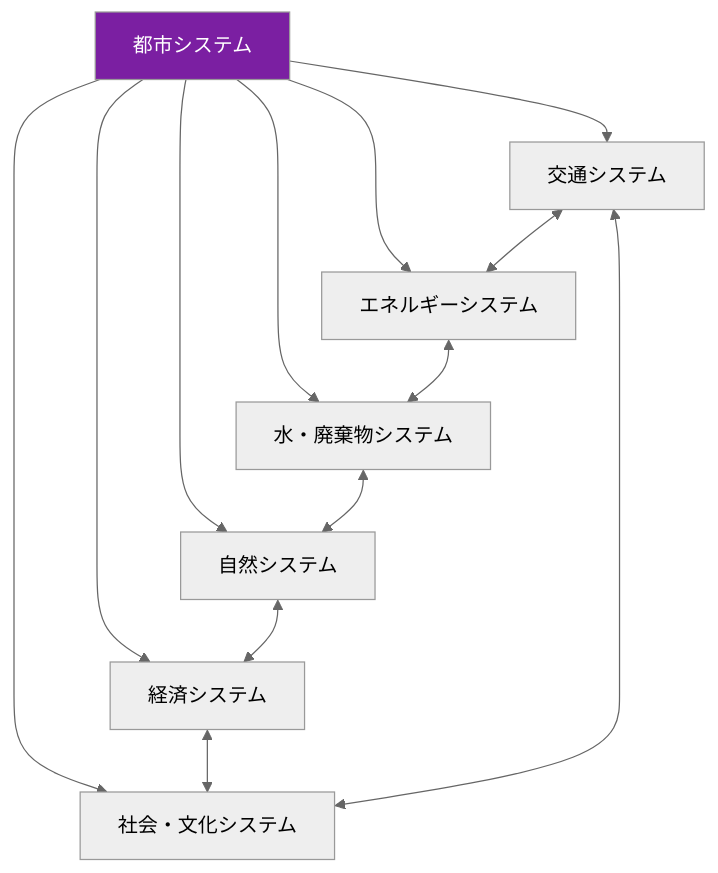
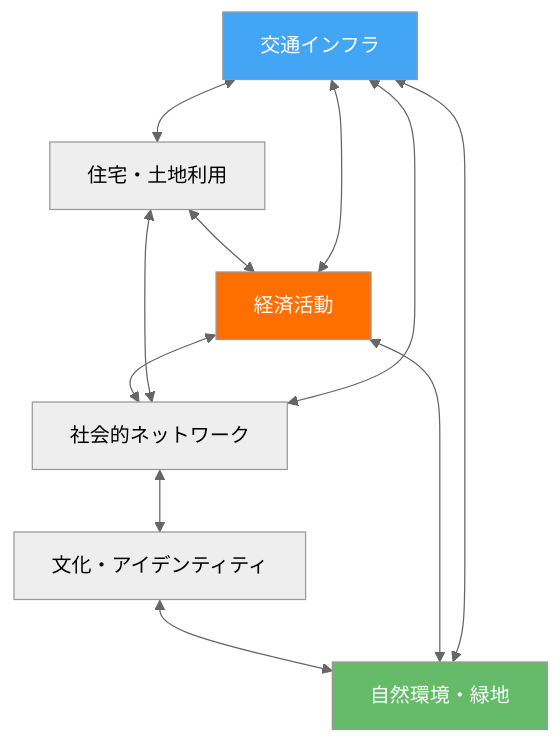
The first of 3 diagrams in docs/books/03-social-transformation/ch02-urban-ecologies.md (Hide-nu/Designer-curriculum), drawn with Mermaid (neutral theme) before and after one commit. The commit also changed other lines of this file and 13 other files, not shown here.

````diff
--- a/docs/books/03-social-transformation/ch02-urban-ecologies.md
+++ b/docs/books/03-social-transformation/ch02-urban-ecologies.md
@@ -15,18 +22,16 @@
 ```mermaid
-graph TD
-    A[都市システム] --> B[交通システム]
-    A --> C[エネルギーシステム]
-    A --> D[水・廃棄物システム]
-    A --> E[経済システム]
-    A --> F[社会・文化システム]
-    A --> G[自然システム]
-
-    B <--> C
-    C <--> D
-    D <--> G
-    E <--> F
-    F <--> B
-    G <--> E
-
-    style A fill:#7b1fa2,color:#fff
+graph TB
+    A[交通インフラ] <--> B[住宅・土地利用]
+    B <--> C[経済活動]
+    C <--> D[社会的ネットワーク]
+    D <--> E[文化・アイデンティティ]
+    E <--> F[自然環境・緑地]
+    F <--> A
+    A <--> C
+    B <--> D
+    C <--> F
+    D <--> A
+    style A fill:#42a5f5,color:#fff
+    style C fill:#ff6f00,color:#fff
+    style F fill:#66bb6a,color:#fff
 ```
````
